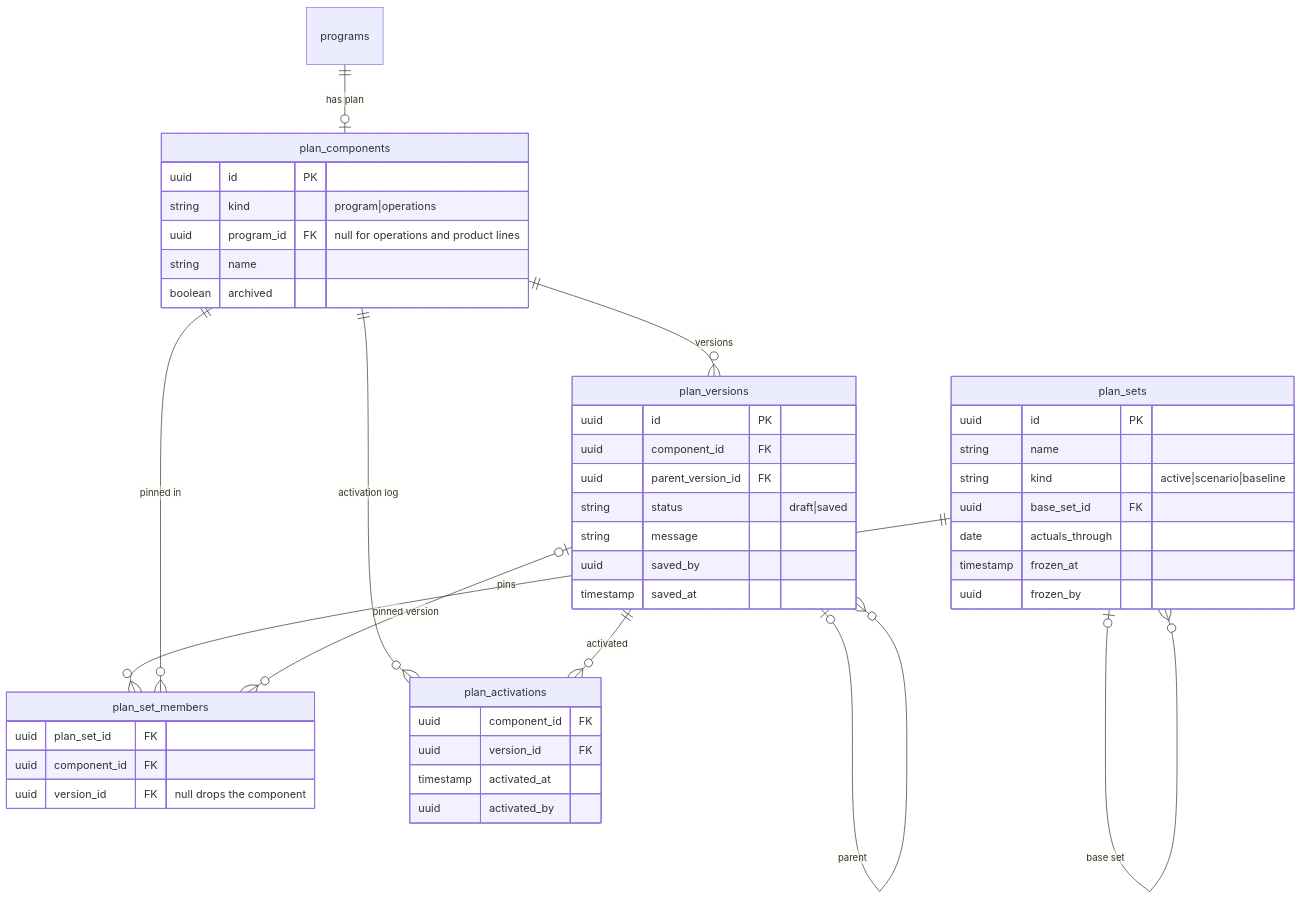
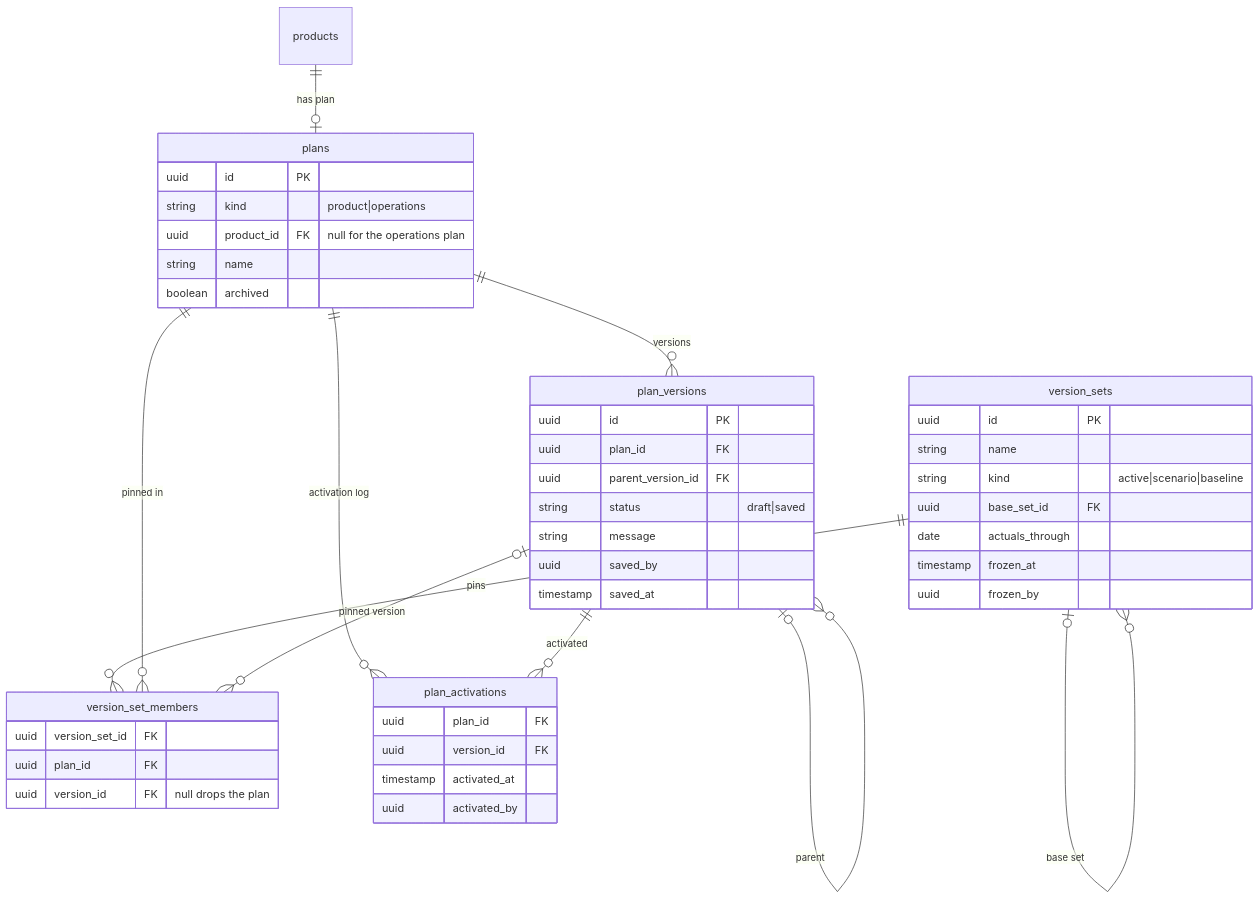
One commit to cyc-seattle/isthmia changed the second of 5 diagrams in docs/planning-schema.md. Above: the diagram before and after it, drawn with Mermaid. The commit also changed other lines of this file, not shown here.

Commit message:
docs: rename planning terms to product, offering, activity block, cost center, plan and version set

````diff
--- a/docs/planning-schema.md
+++ b/docs/planning-schema.md
@@ -79,49 +83,49 @@
 ```mermaid
 erDiagram
-    programs ||--o| plan_components : "has plan"
-    plan_components ||--o{ plan_versions : versions
+    products ||--o| plans : "has plan"
+    plans ||--o{ plan_versions : versions
     plan_versions |o--o{ plan_versions : parent
-    plan_sets |o--o{ plan_sets : "base set"
-    plan_sets ||--o{ plan_set_members : pins
-    plan_components ||--o{ plan_set_members : "pinned in"
-    plan_versions |o--o{ plan_set_members : "pinned version"
-    plan_components ||--o{ plan_activations : "activation log"
+    version_sets |o--o{ version_sets : "base set"
+    version_sets ||--o{ version_set_members : pins
+    plans ||--o{ version_set_members : "pinned in"
+    plan_versions |o--o{ version_set_members : "pinned version"
+    plans ||--o{ plan_activations : "activation log"
     plan_versions ||--o{ plan_activations : activated
 
-    plan_components {
+    plans {
         uuid id PK
-        string kind "program|operations"
-        uuid program_id FK "null for operations and product lines"
+        string kind "product|operations"
+        uuid product_id FK "null for the operations plan"
         string name
         boolean archived
     }
     plan_versions {
         uuid id PK
-        uuid component_id FK
+        uuid plan_id FK
         uuid parent_version_id FK
         string status "draft|saved"
         string message
         uuid saved_by
         timestamp saved_at
     }
-    plan_sets {
+    version_sets {
         uuid id PK
         string name
         string kind "active|scenario|baseline"
         uuid base_set_id FK
         date actuals_through
         timestamp frozen_at
         uuid frozen_by
     }
-    plan_set_members {
-        uuid plan_set_id FK
-        uuid component_id FK
-        uuid version_id FK "null drops the component"
+    version_set_members {
+        uuid version_set_id FK
+        uuid plan_id FK
+        uuid version_id FK "null drops the plan"
     }
     plan_activations {
-        uuid component_id FK
+        uuid plan_id FK
         uuid version_id FK
         timestamp activated_at
         uuid activated_by
     }
 ```
````
